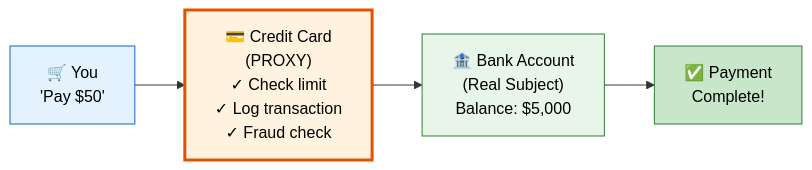
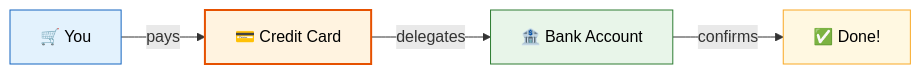
Before and after one commit to saivamsikaruturi/vamsilabs-dev-notes-main: the first of 4 diagrams in docs/designpatterns/structuralDesignPatterns/Proxydesignpattern.md, drawn with Mermaid. The commit also changed other lines of this file and 42 other files, not shown here.

````diff
--- a/docs/designpatterns/structuralDesignPatterns/Proxydesignpattern.md
+++ b/docs/designpatterns/structuralDesignPatterns/Proxydesignpattern.md
@@ -12,11 +12,11 @@
 ```mermaid
 flowchart LR
-    You["🛒 You<br/>'Pay $50'"] --> CC["💳 Credit Card<br/>(PROXY)<br/>✓ Check limit<br/>✓ Log transaction<br/>✓ Fraud check"]
-    CC --> Bank["🏦 Bank Account<br/>(Real Subject)<br/>Balance: $5,000"]
-    Bank --> Done["✅ Payment<br/>Complete!"]
-    
+    You["🛒 You"] -->|"pays"| CC["💳 Credit Card"]
+    CC -->|"delegates"| Bank["🏦 Bank Account"]
+    Bank -->|"confirms"| Done["✅ Done!"]
+
     style You fill:#E3F2FD,stroke:#1565C0,color:#000
-    style CC fill:#FFF3E0,stroke:#E65100,stroke-width:3px,color:#000
+    style CC fill:#FFF3E0,stroke:#E65100,stroke-width:2px,color:#000
     style Bank fill:#E8F5E9,stroke:#2E7D32,color:#000
-    style Done fill:#C8E6C9,stroke:#2E7D32,color:#000
+    style Done fill:#FFF8E1,stroke:#F9A825,color:#000
 ```
````
